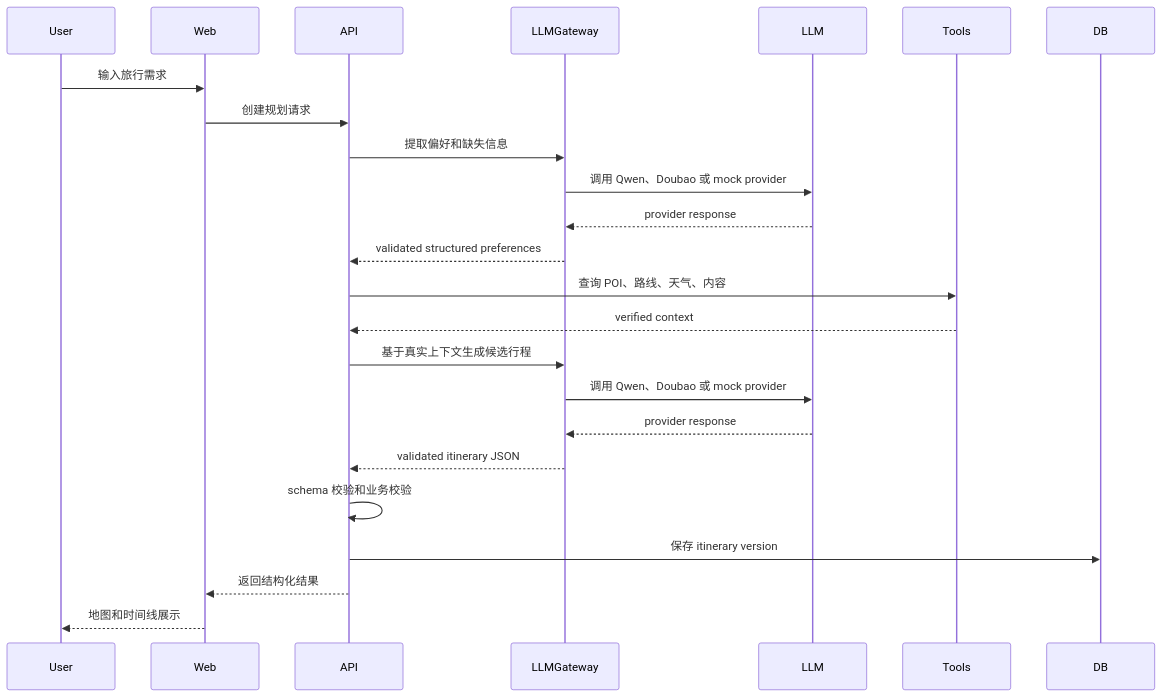
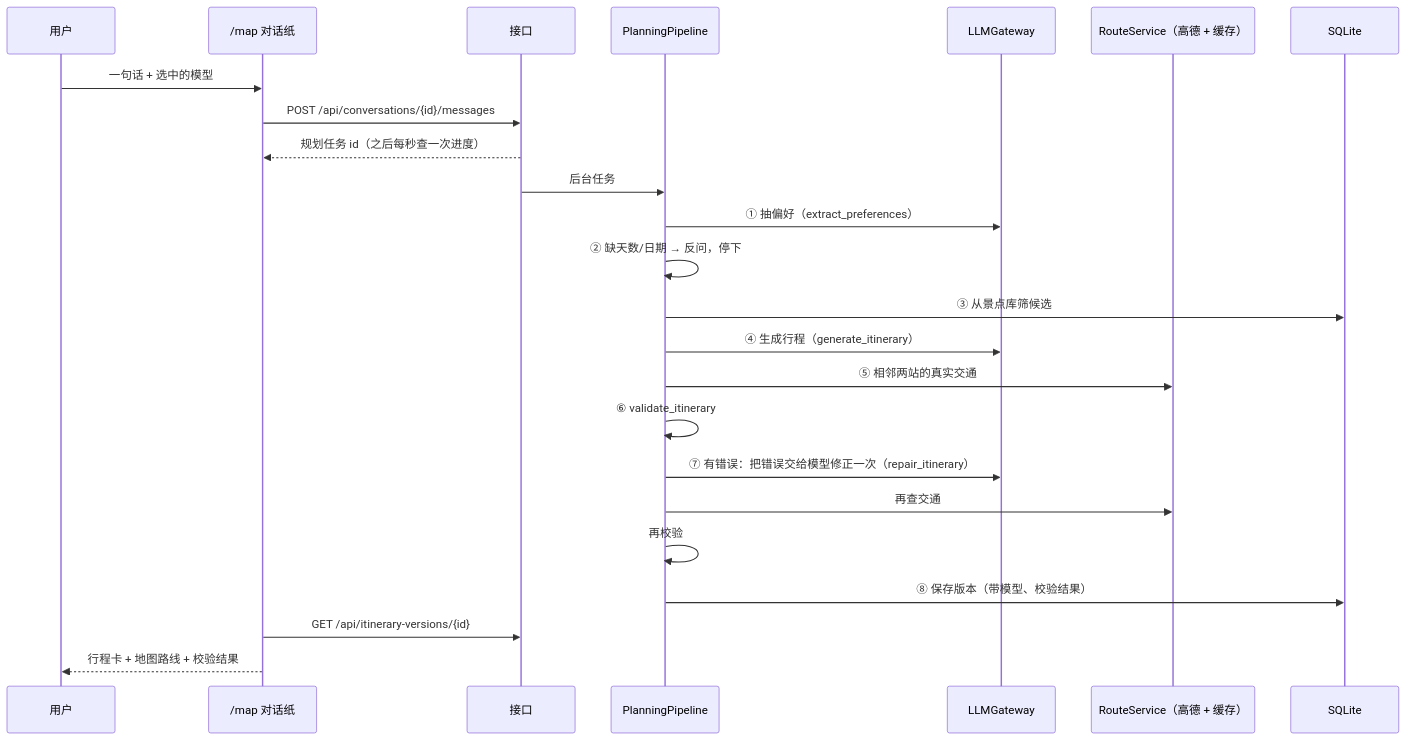
Before and after one commit to cecicai2026-code/WuhanMemory: the diagram in docs/architecture/ai-planning-pipeline.md, drawn with Mermaid. The commit also changed other lines of this file and 9 other files, not shown here.

````diff
--- a/docs/architecture/ai-planning-pipeline.md
+++ b/docs/architecture/ai-planning-pipeline.md
@@ -21,27 +18,27 @@
 ```mermaid
 sequenceDiagram
-  participant U as User
-  participant W as Web
-  participant A as API
+  participant U as 用户
+  participant W as /map 对话纸
+  participant A as 接口
+  participant P as PlanningPipeline
   participant G as LLMGateway
-  participant L as LLM
-  participant T as Tools
-  participant D as DB
+  participant R as RouteService（高德 + 缓存）
+  participant D as SQLite
 
-  U->>W: 输入旅行需求
-  W->>A: 创建规划请求
-  A->>G: 提取偏好和缺失信息
-  G->>L: 调用 Qwen、Doubao 或 mock provider
-  L-->>G: provider response
-  G-->>A: validated structured preferences
-  A->>T: 查询 POI、路线、天气、内容
-  T-->>A: verified context
-  A->>G: 基于真实上下文生成候选行程
-  G->>L: 调用 Qwen、Doubao 或 mock provider
-  L-->>G: provider response
-  G-->>A: validated itinerary JSON
-  A->>A: schema 校验和业务校验
-  A->>D: 保存 itinerary version
-  A-->>W: 返回结构化结果
-  W-->>U: 地图和时间线展示
+  U->>W: 一句话 + 选中的模型
+  W->>A: POST /api/conversations/{id}/messages
+  A-->>W: 规划任务 id（之后每秒查一次进度）
+  A->>P: 后台任务
+  P->>G: ① 抽偏好（extract_preferences）
+  P->>P: ② 缺天数/日期 → 反问，停下
+  P->>D: ③ 从景点库筛候选
+  P->>G: ④ 生成行程（generate_itinerary）
+  P->>R: ⑤ 相邻两站的真实交通
+  P->>P: ⑥ validate_itinerary
+  P->>G: ⑦ 有错误：把错误交给模型修正一次（repair_itinerary）
+  P->>R: 再查交通
+  P->>P: 再校验
+  P->>D: ⑧ 保存版本（带模型、校验结果）
+  W->>A: GET /api/itinerary-versions/{id}
+  W-->>U: 行程卡 + 地图路线 + 校验结果
 ```
````
